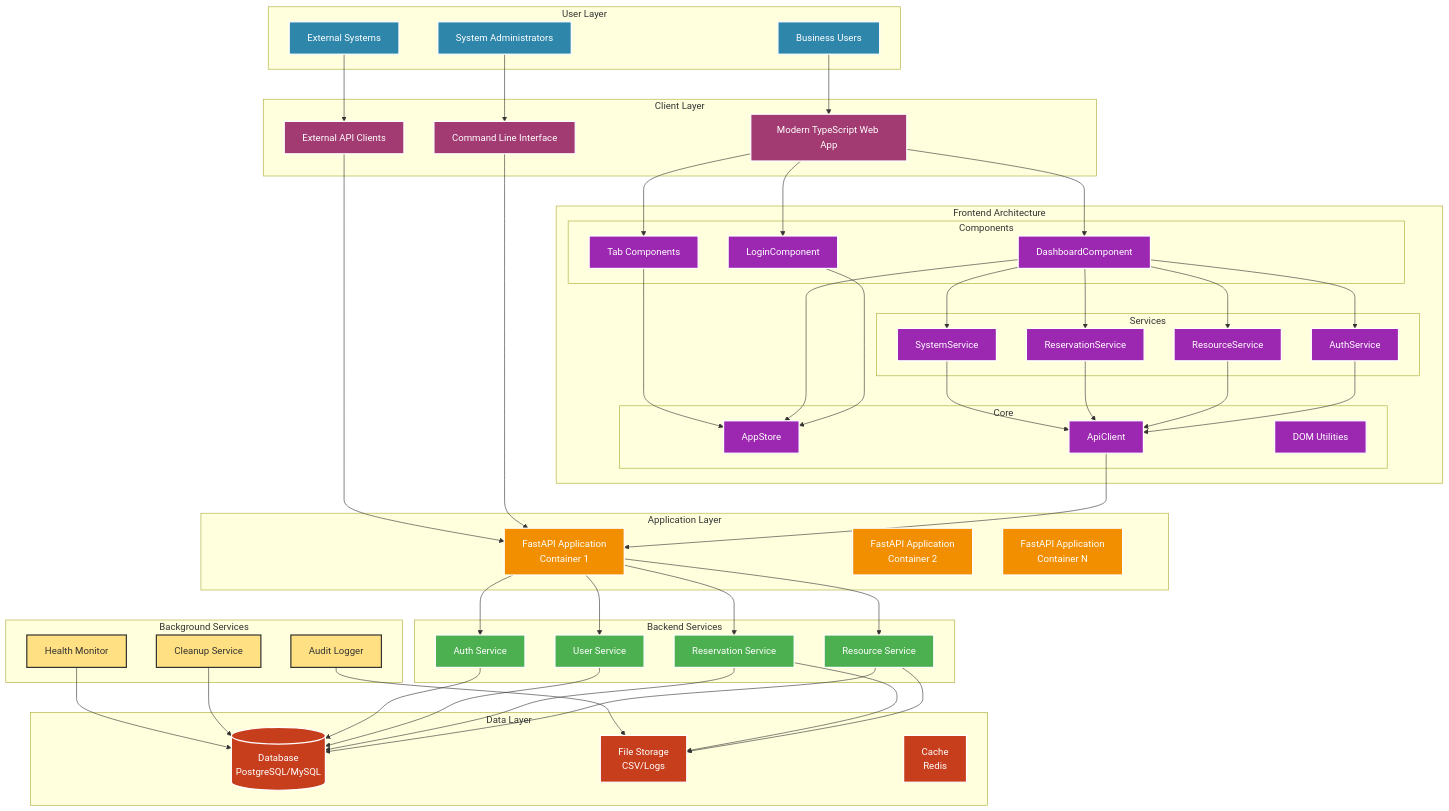
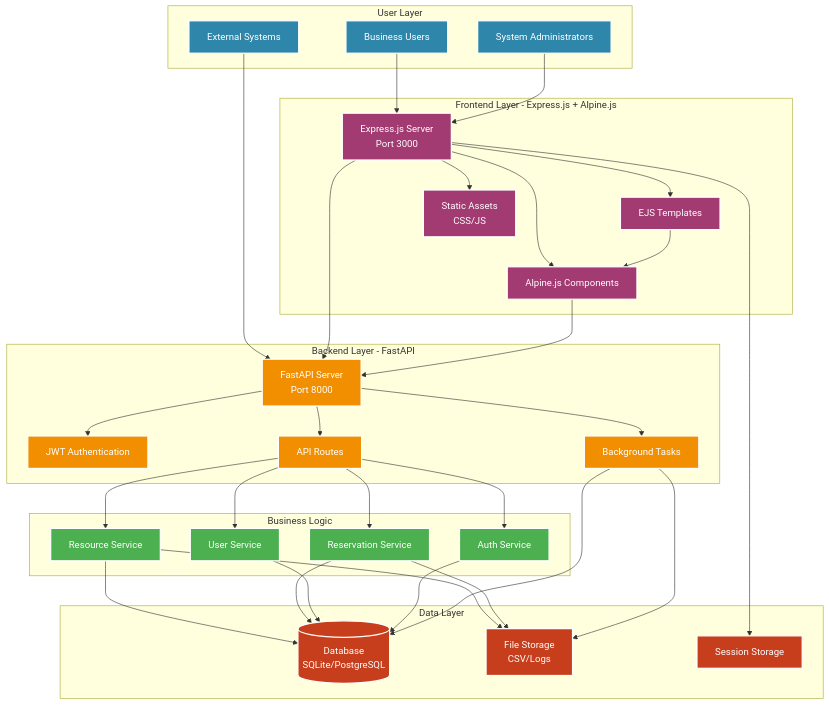
The diagram in README.md (sylvester-francis/Resource-Reserver), drawn with Mermaid before and after one commit. The commit also changed other lines of this file and 47 other files, not shown here.

Commit message:
Change architecture of frontend from simple js to modernized frameworks

````diff
--- a/README.md
+++ b/README.md
@@ -53,40 +52,21 @@
         U3[External Systems]
     end
     
-    subgraph "Client Layer"
-        WEB[Modern TypeScript Web App]
-        CLI[Command Line Interface]
-        API[External API Clients]
+    subgraph "Frontend Layer - Express.js + Alpine.js"
+        WEB[Express.js Server<br/>Port 3000]
+        EJS[EJS Templates]
+        ALPINE[Alpine.js Components]
+        STATIC[Static Assets<br/>CSS/JS]
     end
     
-    subgraph "Frontend Architecture"
-        subgraph "Components"
-            LOGIN[LoginComponent]
-            DASH[DashboardComponent]
-            TABS[Tab Components]
-        end
-        
-        subgraph "Services"
-            AUTH_SVC[AuthService]
-            RES_SVC[ResourceService]
-            RESV_SVC[ReservationService]
-            SYS_SVC[SystemService]
-        end
-        
-        subgraph "Core"
-            STORE[AppStore]
-            API_CLIENT[ApiClient]
-            UTILS[DOM Utilities]
-        end
+    subgraph "Backend Layer - FastAPI"
+        API[FastAPI Server<br/>Port 8000]
+        AUTH[JWT Authentication]
+        ROUTES[API Routes]
+        BG[Background Tasks]
     end
     
-    subgraph "Application Layer"
-        APP1[FastAPI Application<br/>Container 1]
-        APP2[FastAPI Application<br/>Container 2]
-        APP3[FastAPI Application<br/>Container N]
-    end
-    
-    subgraph "Backend Services"
+    subgraph "Business Logic"
         RS[Resource Service]
         ReS[Reservation Service]
         US[User Service]
@@ -94,51 +74,34 @@
     end
     
     subgraph "Data Layer"
-        DB[(Database<br/>PostgreSQL/MySQL)]
+        DB[(Database<br/>SQLite/PostgreSQL)]
         FS[File Storage<br/>CSV/Logs]
-        CACHE[Cache<br/>Redis]
-    end
-    
-    subgraph "Background Services"
-        CLEANUP[Cleanup Service]
-        MONITOR[Health Monitor]
-        AUDIT[Audit Logger]
+        CACHE[Session Storage]
     end
     
     %% User connections
     U1 --> WEB
-    U2 --> CLI
+    U2 --> WEB
     U3 --> API
     
-    %% Frontend internal connections
-    WEB --> LOGIN
-    WEB --> DASH
-    WEB --> TABS
+    %% Frontend architecture
+    WEB --> EJS
+    WEB --> ALPINE
+    WEB --> STATIC
+    EJS --> ALPINE
     
-    DASH --> AUTH_SVC
-    DASH --> RES_SVC
-    DASH --> RESV_SVC
-    DASH --> SYS_SVC
+    %% Frontend to Backend
+    WEB --> API
+    ALPINE --> API
     
-    AUTH_SVC --> API_CLIENT
-    RES_SVC --> API_CLIENT
-    RESV_SVC --> API_CLIENT
-    SYS_SVC --> API_CLIENT
-    
-    LOGIN --> STORE
-    DASH --> STORE
-    TABS --> STORE
-    
-    %% Client to applications
-    API_CLIENT --> APP1
-    CLI --> APP1
-    API --> APP1
-    
-    %% Applications to services
-    APP1 --> RS
-    APP1 --> ReS
-    APP1 --> US
-    APP1 --> AS
+    %% Backend internal
+    API --> AUTH
+    API --> ROUTES
+    API --> BG
+    ROUTES --> RS
+    ROUTES --> ReS
+    ROUTES --> US
+    ROUTES --> AS
     
     %% Services to data
     RS --> DB
@@ -148,26 +111,22 @@
     
     RS --> FS
     ReS --> FS
+    WEB --> CACHE
     
     %% Background services
-    CLEANUP --> DB
-    MONITOR --> DB
-    AUDIT --> FS
+    BG --> DB
+    BG --> FS
     
     %% Styling
     classDef userClass fill:#2E86AB,stroke:#fff,stroke-width:2px,color:#fff
-    classDef clientClass fill:#A23B72,stroke:#fff,stroke-width:2px,color:#fff
-    classDef frontendClass fill:#9C27B0,stroke:#fff,stroke-width:2px,color:#fff
-    classDef appClass fill:#F18F01,stroke:#fff,stroke-width:2px,color:#fff
+    classDef frontendClass fill:#A23B72,stroke:#fff,stroke-width:2px,color:#fff
+    classDef backendClass fill:#F18F01,stroke:#fff,stroke-width:2px,color:#fff
     classDef serviceClass fill:#4CAF50,stroke:#fff,stroke-width:2px,color:#fff
     classDef dataClass fill:#C73E1D,stroke:#fff,stroke-width:2px,color:#fff
-    classDef bgClass fill:#FFE082,stroke:#333,stroke-width:2px
     
     class U1,U2,U3 userClass
-    class WEB,CLI,API clientClass
-    class LOGIN,DASH,TABS,AUTH_SVC,RES_SVC,RESV_SVC,SYS_SVC,STORE,API_CLIENT,UTILS frontendClass
-    class APP1,APP2,APP3 appClass
+    class WEB,EJS,ALPINE,STATIC frontendClass
+    class API,AUTH,ROUTES,BG backendClass
     class RS,ReS,US,AS serviceClass
     class DB,FS,CACHE dataClass
-    class CLEANUP,MONITOR,AUDIT bgClass
 ```
````
